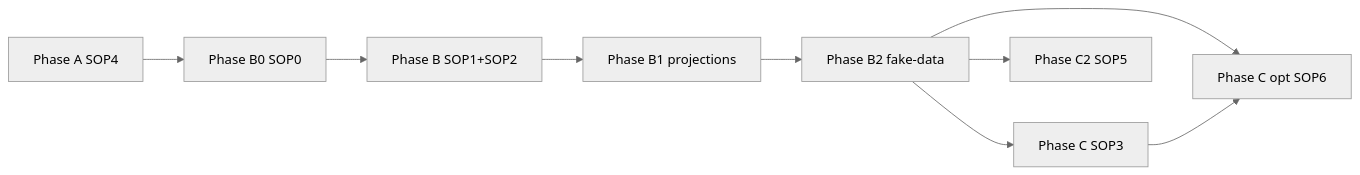
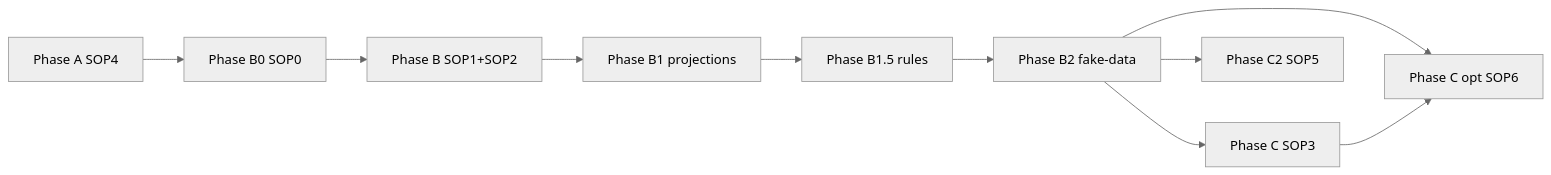
The diagram in starterkit/pro-mcp/SOP_SEQUENCE.md (mindflight-orchestrator/starter-kit-ghostcrab-perso), drawn with Mermaid (neutral theme) before and after one commit. The commit also changed other lines of this file and 3 other files, not shown here.

````diff
--- a/starterkit/pro-mcp/SOP_SEQUENCE.md
+++ b/starterkit/pro-mcp/SOP_SEQUENCE.md
@@ -19,16 +19,17 @@
 ```mermaid
 flowchart LR
   A[Phase A SOP4]
   B0[Phase B0 SOP0]
   B[Phase B SOP1+SOP2]
   B1[Phase B1 projections]
+  B15[Phase B1.5 rules]
   B2[Phase B2 fake-data]
   C3[Phase C SOP3]
   C6[Phase C opt SOP6]
   C2[Phase C2 SOP5]
-  A --> B0 --> B --> B1 --> B2
+  A --> B0 --> B --> B1 --> B15 --> B2
   B2 --> C3
   B2 --> C6
   B2 --> C2
   C3 --> C6
 ```
````
